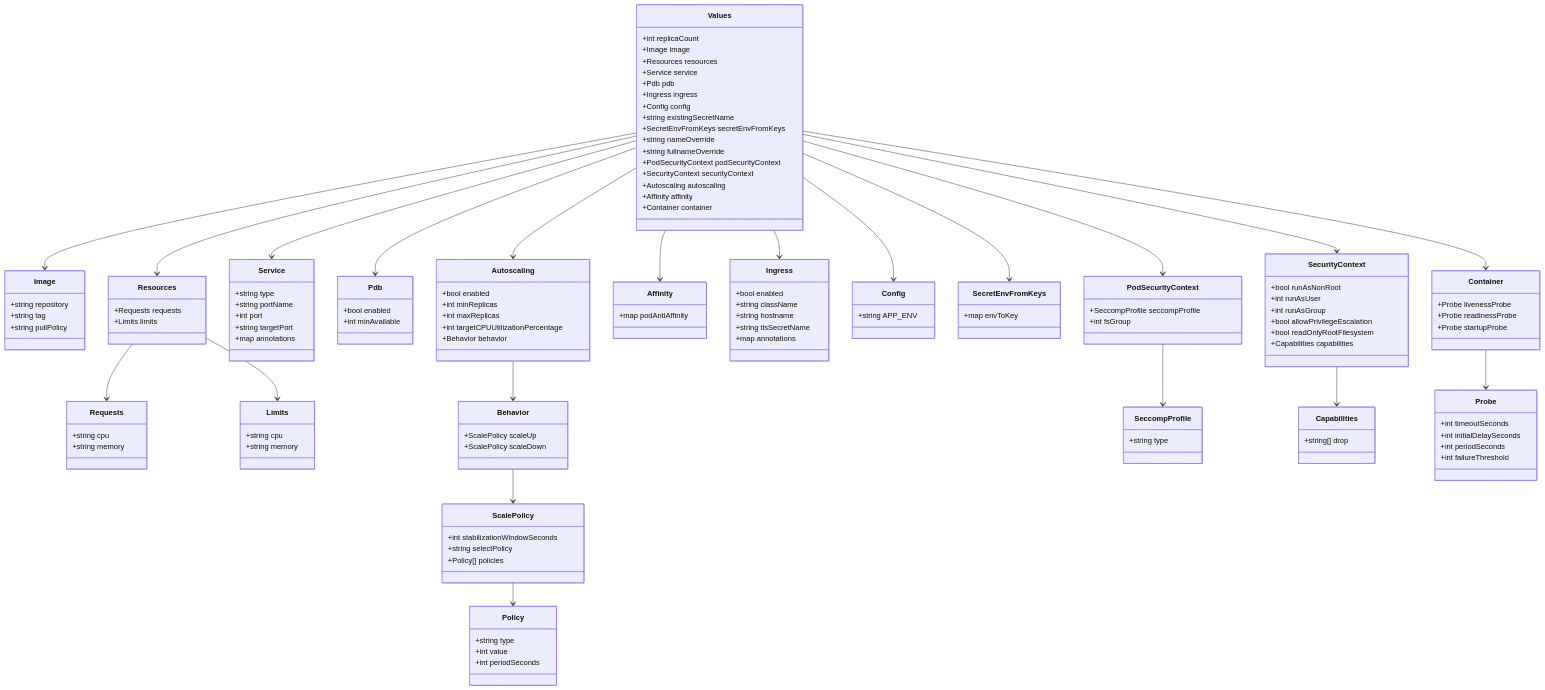
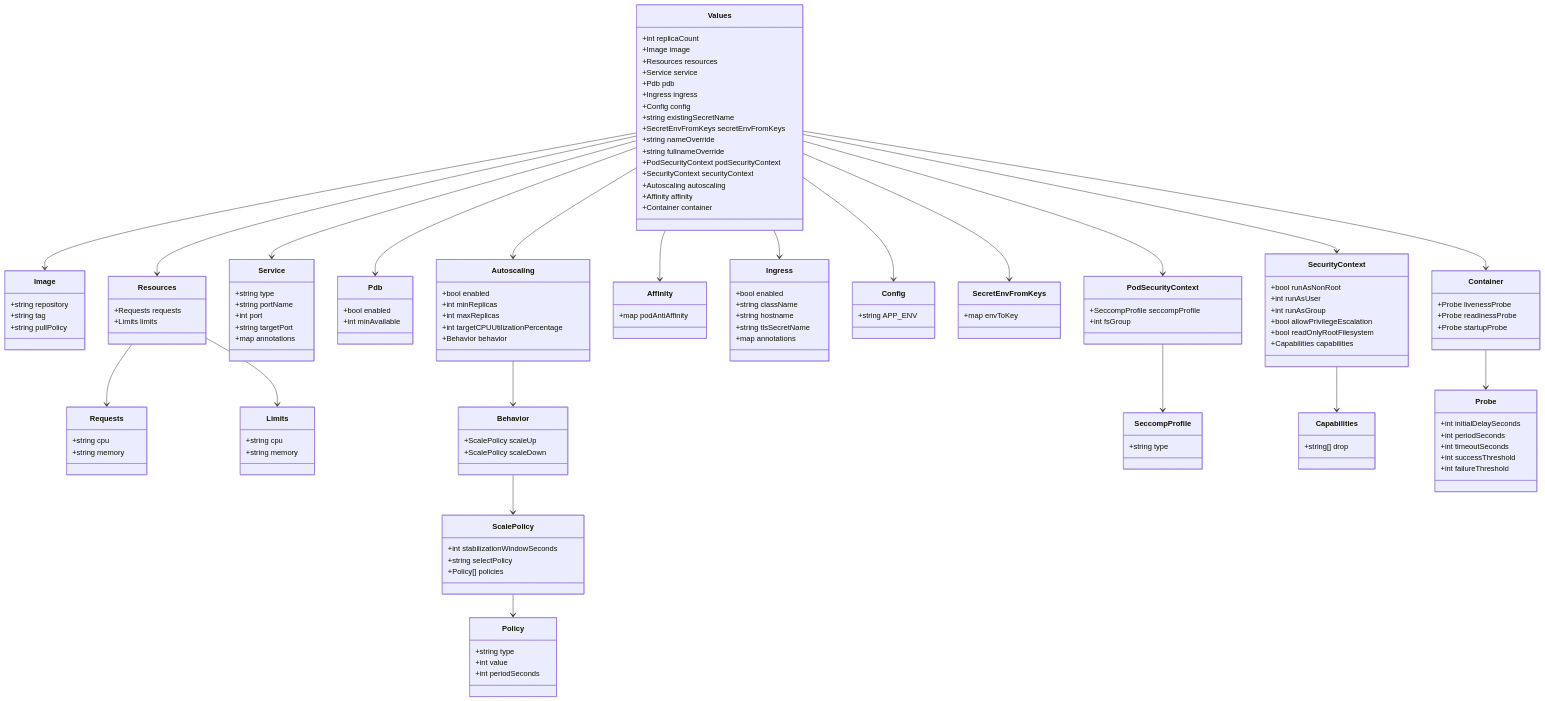
The diagram in docs/values-class-diagram.mmd (leynos/wildside), drawn with Mermaid before and after one commit. The commit also changed 3 other files, not shown here.

Commit message:
Clarify config schema and probe docs

```diff
--- a/docs/values-class-diagram.mmd
+++ b/docs/values-class-diagram.mmd
@@ -1,133 +1,134 @@
 classDiagram
     class Values {
       +int replicaCount
       +Image image
       +Resources resources
       +Service service
       +Pdb pdb
       +Ingress ingress
       +Config config
       +string existingSecretName
       +SecretEnvFromKeys secretEnvFromKeys
       +string nameOverride
       +string fullnameOverride
       +PodSecurityContext podSecurityContext
       +SecurityContext securityContext
       +Autoscaling autoscaling
       +Affinity affinity
       +Container container
     }
     class Image {
       +string repository
       +string tag
       +string pullPolicy
     }
     class Resources {
       +Requests requests
       +Limits limits
     }
     class Requests {
       +string cpu
       +string memory
     }
     class Limits {
       +string cpu
       +string memory
     }
     class Service {
       +string type
       +string portName
       +int port
       +string targetPort
-      +map annotations
+      +map<string,string> annotations
     }
     class Pdb {
       +bool enabled
       +int minAvailable
     }
     class Autoscaling {
       +bool enabled
       +int minReplicas
       +int maxReplicas
       +int targetCPUUtilizationPercentage
       +Behavior behavior
     }
     class Behavior {
       +ScalePolicy scaleUp
       +ScalePolicy scaleDown
     }
     class ScalePolicy {
       +int stabilizationWindowSeconds
       +string selectPolicy
       +Policy[] policies
     }
     class Policy {
       +string type
       +int value
       +int periodSeconds
     }
     class Affinity {
       +map<string, any> podAntiAffinity
     }
     class Ingress {
       +bool enabled
       +string className
       +string hostname
       +string tlsSecretName
       +map<string,string> annotations
     }
     class Config {
       +string APP_ENV
     }
     class SecretEnvFromKeys {
       +map<string,string> envToKey
     }
     class PodSecurityContext {
       +SeccompProfile seccompProfile
       +int fsGroup
     }
     class SeccompProfile {
       +string type
     }
     class SecurityContext {
       +bool runAsNonRoot
       +int runAsUser
       +int runAsGroup
       +bool allowPrivilegeEscalation
       +bool readOnlyRootFilesystem
       +Capabilities capabilities
     }
     class Capabilities {
       +string[] drop
     }
     class Container {
       +Probe livenessProbe
       +Probe readinessProbe
       +Probe startupProbe
     }
     class Probe {
-      +int timeoutSeconds
       +int initialDelaySeconds
       +int periodSeconds
+      +int timeoutSeconds
+      +int successThreshold
       +int failureThreshold
     }
     Values --> Image
     Values --> Resources
     Resources --> Requests
     Resources --> Limits
     Values --> Service
     Values --> Pdb
     Values --> Ingress
     Values --> Config
     Values --> SecretEnvFromKeys
     Values --> PodSecurityContext
     Values --> SecurityContext
     Values --> Autoscaling
     Values --> Affinity
     Values --> Container
     Autoscaling --> Behavior
     Behavior --> ScalePolicy
     ScalePolicy --> Policy
     PodSecurityContext --> SeccompProfile
     Container --> Probe
     SecurityContext --> Capabilities
```
